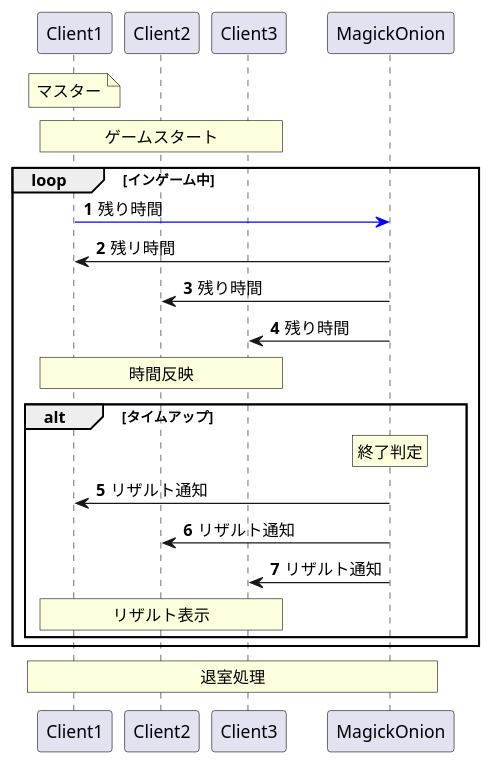
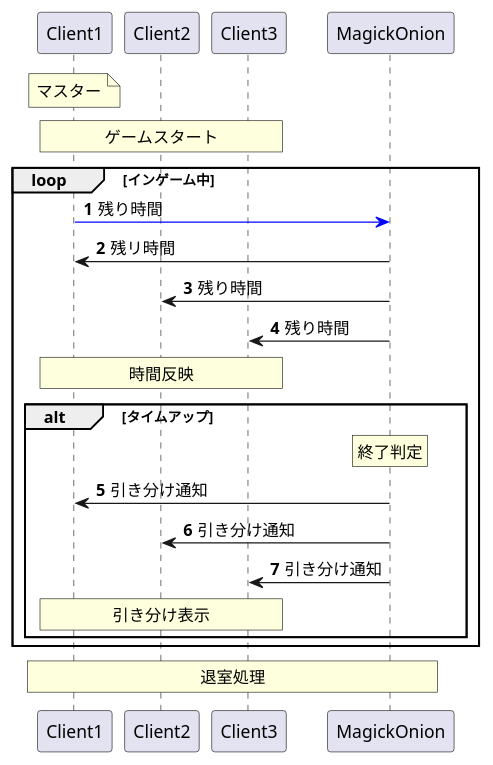
The diagram in Document/04_ゲーム終了(時間切れ).puml (Ria2421/real-time-game), drawn with PlantUML before and after one commit. The commit also changed 60 other files, not shown here.

```diff
--- a/Document/04_ゲーム終了(時間切れ).puml
+++ b/Document/04_ゲーム終了(時間切れ).puml
@@ -1,39 +1,38 @@
 @startuml
 'https://plantuml.com/sequence-diagram
 
 '1番最初の入室者(Client1)をマスターとする「マスタークライアント方式」を採用
 
 participant Client1
 participant Client2
 participant Client3
 participant MagickOnion
 
 autonumber
 
 note over Client1 : マスター
 
 rnote over Client1,Client3 : ゲームスタート
 
 loop インゲーム中
 Client1 -[#blue]> MagickOnion : 残り時間
 Client1 <- MagickOnion : 残リ時間
 Client2 <- MagickOnion : 残り時間
 Client3 <- MagickOnion : 残り時間
 rnote over Client1,Client3 : 時間反映
 
 alt タイムアップ
 
 rnote over MagickOnion : 終了判定
-Client1 <- MagickOnion : リザルト通知
-Client2 <- MagickOnion : リザルト通知
-Client3 <- MagickOnion : リザルト通知
+Client1 <- MagickOnion : 引き分け通知
+Client2 <- MagickOnion : 引き分け通知
+Client3 <- MagickOnion : 引き分け通知
 
-rnote over Client1,Client3 : リザルト表示
+rnote over Client1,Client3 : 引き分け表示
 
 end
-
 end
 
 rnote over Client1,MagickOnion : 退室処理
 
 @enduml
```
